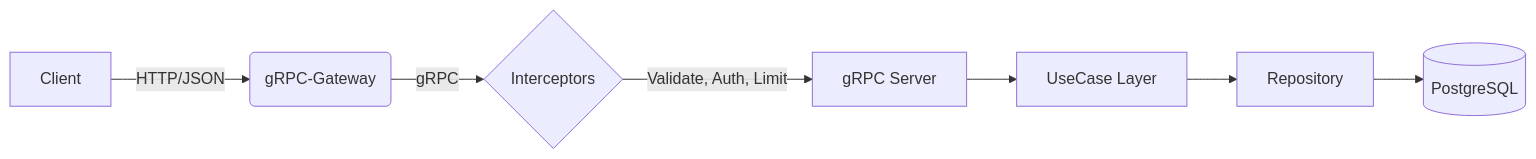
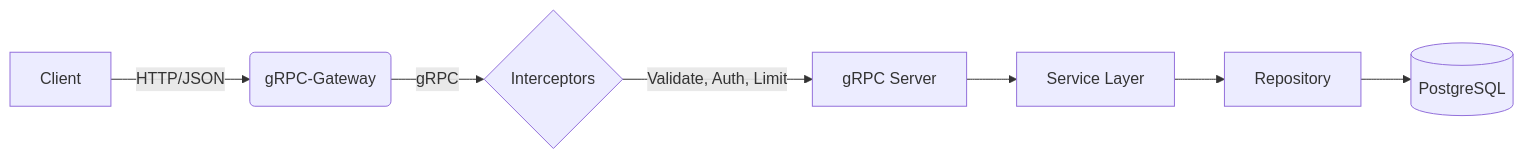
One commit to dinhdat07/portal changed the first of 2 diagrams in README.md. Above: the diagram before and after it, drawn with Mermaid. The commit also changed other lines of this file and 10 other files, not shown here.

Commit message:
docs: enhance engineering documentation with system architecture, infrastructure details, and  service flows

````diff
--- a/README.md
+++ b/README.md
@@ -75,9 +92,9 @@
 ```mermaid
 graph LR
     A[Client] -->|HTTP/JSON| B(gRPC-Gateway)
     B -->|gRPC| C{Interceptors}
     C -->|Validate, Auth, Limit| D[gRPC Server]
-    D --> E[UseCase Layer]
+    D --> E[Service Layer]
     E --> F[Repository]
     F --> G[(PostgreSQL)]
 ```
````
